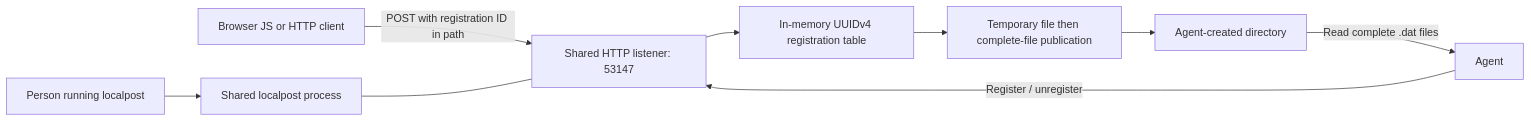
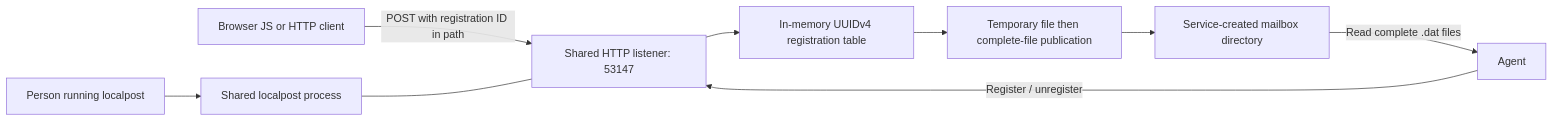
One commit to SixbucksSolutions/localpost changed the diagram in docs/architecture.md. Above: the diagram before and after it, drawn with Mermaid. The commit also changed other lines of this file and 24 other files, not shown here.

````diff
--- a/docs/architecture.md
+++ b/docs/architecture.md
@@ -23,11 +23,11 @@
 ```mermaid
 flowchart LR
     Operator[Person running localpost] --> Process[Shared localpost process]
     Agent[Agent] -->|Register / unregister| Listener[Shared HTTP listener: 53147]
     Sender[Browser JS or HTTP client] -->|POST with registration ID in path| Listener
     Listener --> Registry[In-memory UUIDv4 registration table]
     Registry --> Writer[Temporary file then complete-file publication]
-    Writer --> Directory[Agent-created directory]
+    Writer --> Directory[Service-created mailbox directory]
     Directory -->|Read complete .dat files| Agent
     Process --- Listener
 ```
````
